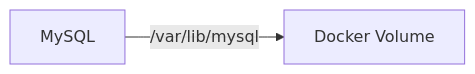
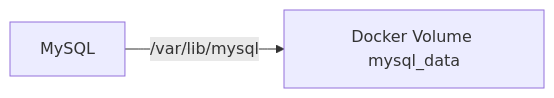
Before and after one commit to Joao-Eduardo-Hiku/Projeto-Desenvolvimento-Web: the third of 5 diagrams in README.md, drawn with Mermaid. The commit also changed other lines of this file, not shown here.

````diff
--- a/README.md
+++ b/README.md
@@ -55,4 +60,4 @@
-```mermaid id="arch03"
+```mermaid
 flowchart LR
-    MySQL -->|/var/lib/mysql| Volume[Docker Volume]
+    MySQL -->|/var/lib/mysql| Volume[Docker Volume mysql_data]
 ```
````
